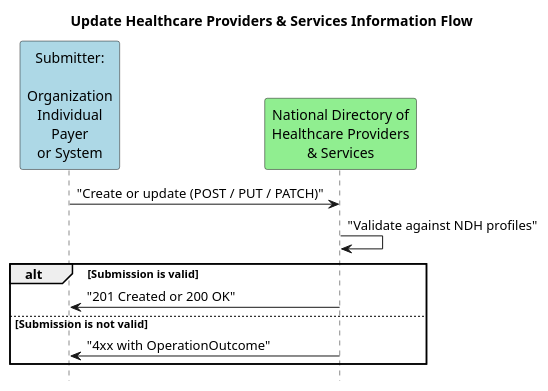
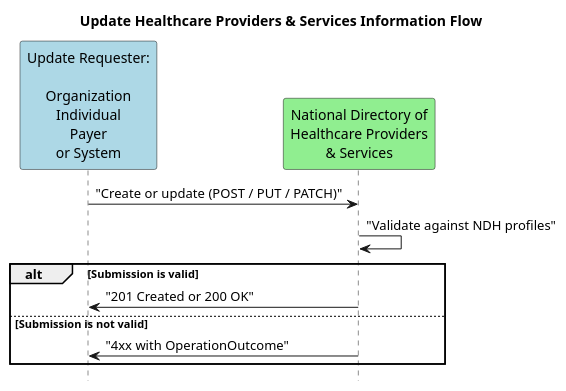
One commit to HL7/fhir-us-ndh changed the diagram in input/images-source/Update-Information-flow.plantuml. Above: the diagram before and after it, drawn with PlantUML. The commit also changed 2 other files, not shown here.

Commit message:
FHIR-59617 Link Submission Server, align interactions, HansSoloRole example, update requester terminology

```diff
--- a/input/images-source/Update-Information-flow.plantuml
+++ b/input/images-source/Update-Information-flow.plantuml
@@ -1,16 +1,16 @@
 @startuml
 hide footbox
 title  Update Healthcare Providers & Services Information Flow
-participant "Submitter:\n\nOrganization\nIndividual\nPayer\nor System" as Submitter #LightBlue
+participant "Update Requester:\n\nOrganization\nIndividual\nPayer\nor System" as Submitter #LightBlue
 participant "National Directory of\nHealthcare Providers\n& Services" as ndh #LightGreen
 
 Submitter -> ndh: "Create or update (POST / PUT / PATCH)"
 ndh -> ndh: "Validate against NDH profiles"
 
 alt Submission is valid
   ndh -> Submitter: "201 Created or 200 OK"
 else Submission is not valid
   ndh -> Submitter: "4xx with OperationOutcome"
 end
 
 @enduml
```
